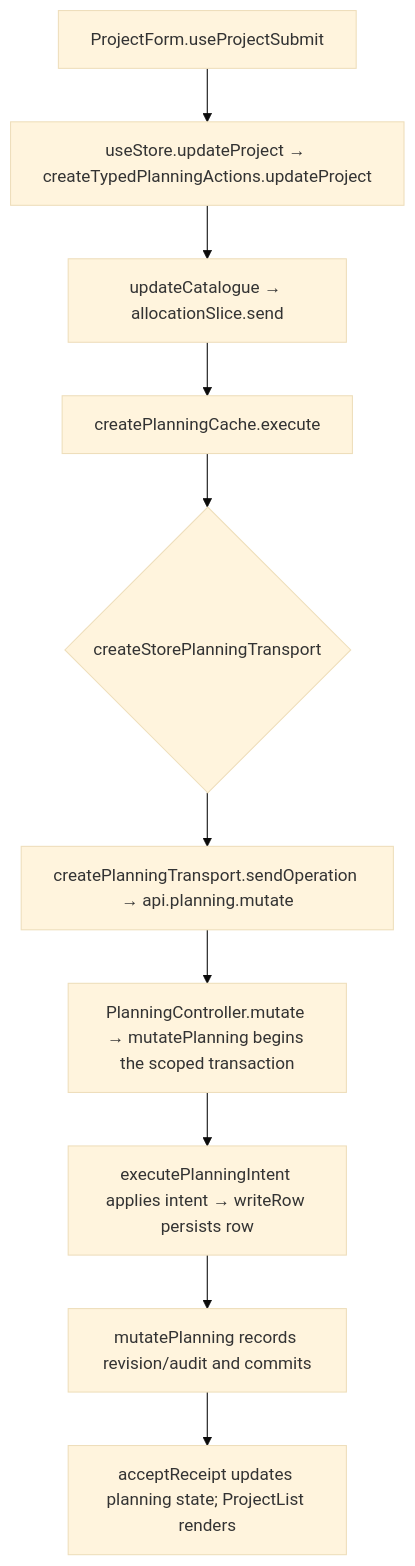
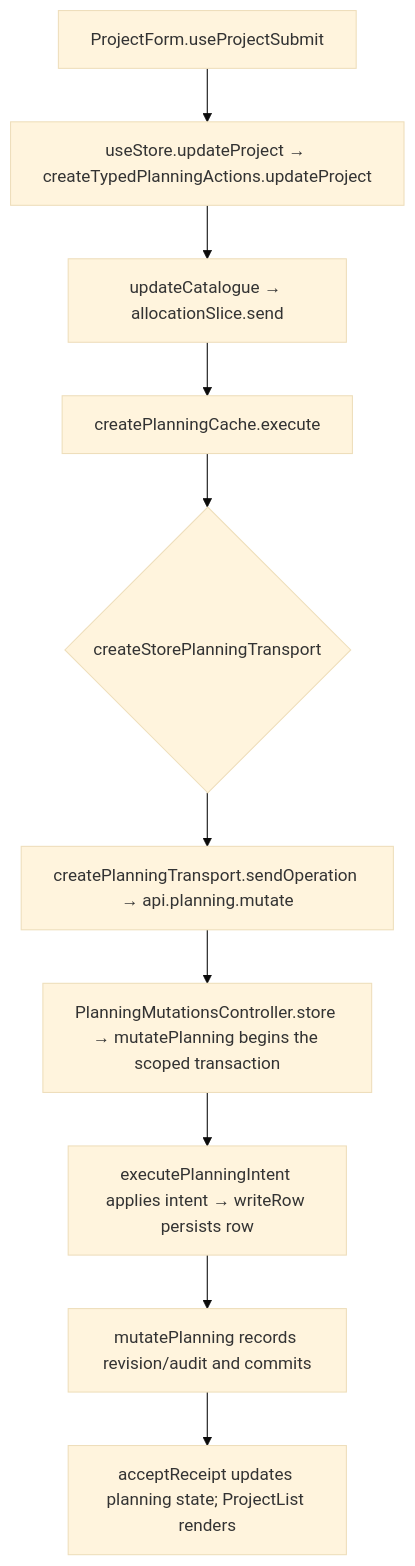
One commit to Kevinjohn/capacitylens changed the second of 2 diagrams in user-stories/projects/US-PRJ-02-edit-project.md. Above: the diagram before and after it, drawn with Mermaid (base theme). The commit also changed other lines of this file and 139 other files, not shown here.

````diff
--- a/user-stories/projects/US-PRJ-02-edit-project.md
+++ b/user-stories/projects/US-PRJ-02-edit-project.md
@@ -37,8 +37,8 @@
 ```mermaid
 flowchart TD
   A["ProjectForm.useProjectSubmit"] --> B["useStore.updateProject → createTypedPlanningActions.updateProject"]
   B --> C["updateCatalogue → allocationSlice.send"]
   C --> D["createPlanningCache.execute"] --> E{"createStorePlanningTransport"}
-  E --> F["createPlanningTransport.sendOperation → api.planning.mutate"] --> G["PlanningController.mutate → mutatePlanning begins the scoped transaction"]
+  E --> F["createPlanningTransport.sendOperation → api.planning.mutate"] --> G["PlanningMutationsController.store → mutatePlanning begins the scoped transaction"]
   G --> H["executePlanningIntent applies intent → writeRow persists row"] --> K["mutatePlanning records revision/audit and commits"] --> J["acceptReceipt updates planning state; ProjectList renders"]
 ```
````
